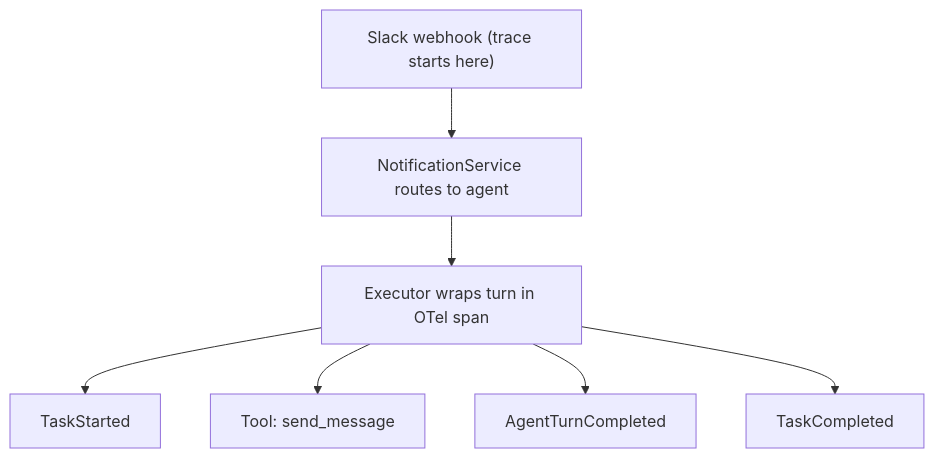
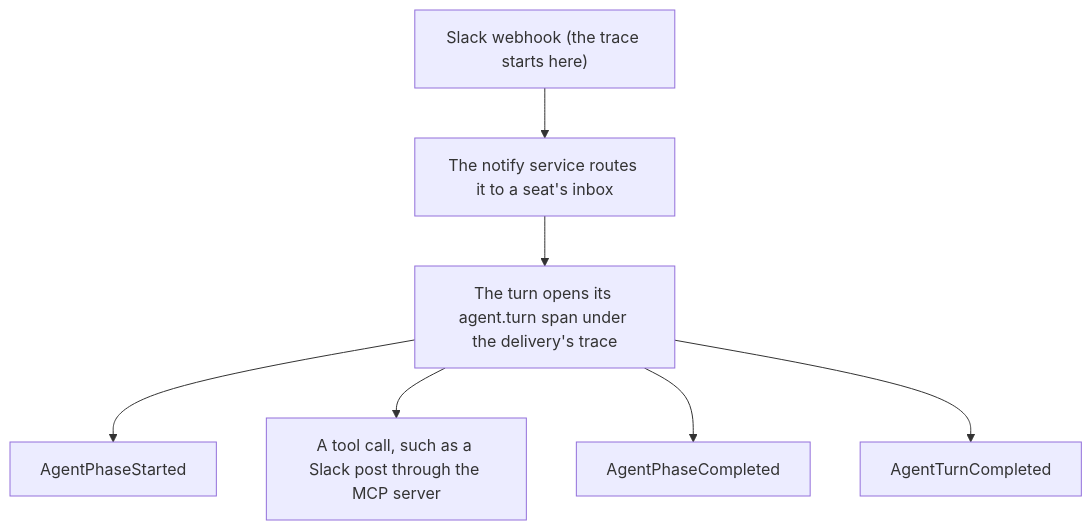
The second of 3 diagrams in docs/concepts/event-system.md (crewlet/crewlet), drawn with Mermaid before and after one commit. The commit also changed other lines of this file and 4 other files, not shown here.

````diff
--- a/docs/concepts/event-system.md
+++ b/docs/concepts/event-system.md
@@ -317,9 +315,9 @@
 ```mermaid
 flowchart TD
-    W["Slack webhook (trace starts here)"] --> N["NotificationService routes to agent"]
-    N --> E["Executor wraps turn in OTel span"]
-    E --> A["TaskStarted"]
-    E --> B["Tool: send_message"]
-    E --> C["AgentTurnCompleted"]
-    E --> D["TaskCompleted"]
+    W["Slack webhook (the trace starts here)"] --> N["The notify service routes it to a seat's inbox"]
+    N --> E["The turn opens its agent.turn span under the delivery's trace"]
+    E --> A["AgentPhaseStarted"]
+    E --> B["A tool call, such as a Slack post through the MCP server"]
+    E --> C["AgentPhaseCompleted"]
+    E --> D["AgentTurnCompleted"]
 ```
````
